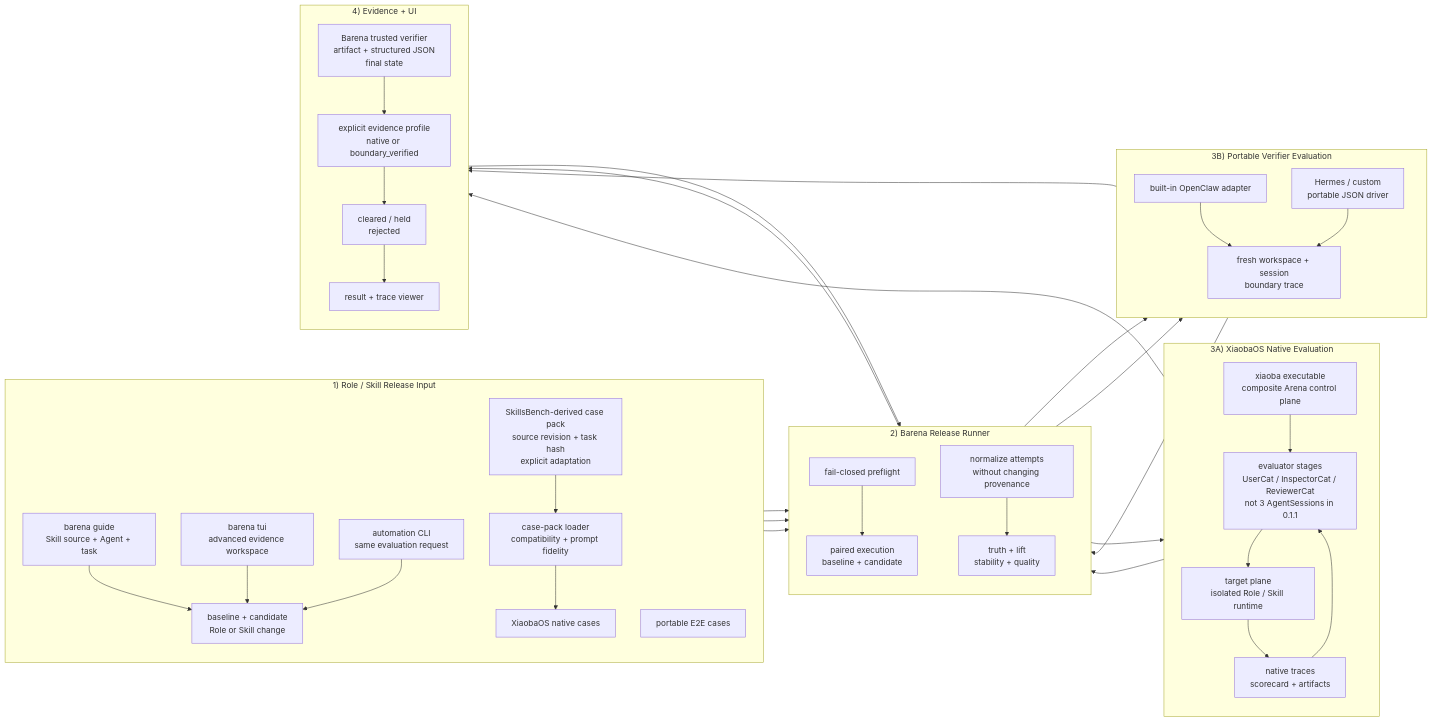
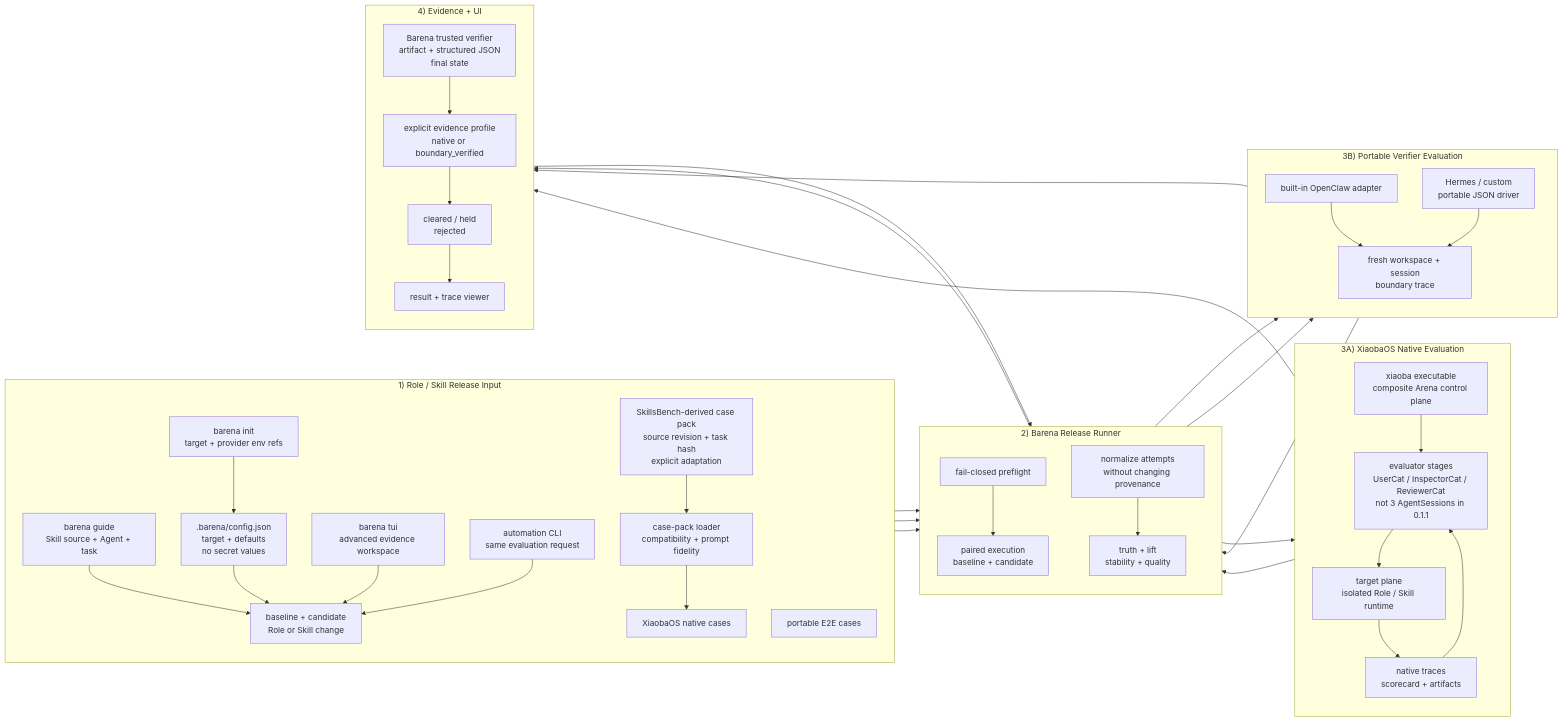
The third of 3 diagrams in docs/SPEC.md (fightheyyy/barena), drawn with Mermaid before and after one commit. The commit also changed other lines of this file and 11 other files, not shown here.

````diff
--- a/docs/SPEC.md
+++ b/docs/SPEC.md
@@ -183,72 +185,75 @@
 ```mermaid
 flowchart LR
     subgraph Input["1) Role / Skill Release Input"]
         direction TB
         Guide["barena guide<br/>Skill source + Agent + task"]
+        Init["barena init<br/>target + provider env refs"]
         TUI["barena tui<br/>advanced evidence workspace"]
         CLI["automation CLI<br/>same evaluation request"]
         Change["baseline + candidate<br/>Role or Skill change"]
         NativeCases["XiaobaOS native cases"]
         PortableCases["portable E2E cases"]
         Derived["SkillsBench-derived case pack<br/>source revision + task hash<br/>explicit adaptation"]
+        ProjectConfig[".barena/config.json<br/>target + defaults<br/>no secret values"]
         NormalizeCase["case-pack loader<br/>compatibility + prompt fidelity"]
         Guide --> Change
+        Init --> ProjectConfig --> Change
         TUI --> Change
         CLI --> Change
         Derived --> NormalizeCase --> NativeCases
     end
 
     subgraph Runner["2) Barena Release Runner"]
         direction TB
         Preflight["fail-closed preflight"]
         Pair["paired execution<br/>baseline + candidate"]
         Normalize["normalize attempts<br/>without changing provenance"]
         Aggregate["truth + lift<br/>stability + quality"]
         Preflight --> Pair
         Normalize --> Aggregate
     end
 
     subgraph Native["3A) XiaobaOS Native Evaluation"]
         direction TB
         Arena["xiaoba executable<br/>composite Arena control plane"]
         Evaluators["evaluator stages<br/>UserCat / InspectorCat / ReviewerCat<br/>not 3 AgentSessions in 0.1.1"]
         NativeTarget["target plane<br/>isolated Role / Skill runtime"]
         NativeEvidence["native traces<br/>scorecard + artifacts"]
         Arena --> Evaluators
         Evaluators --> NativeTarget
         NativeTarget --> NativeEvidence
         NativeEvidence --> Evaluators
     end
 
     subgraph External["3B) Portable Verifier Evaluation"]
         direction TB
         Adapter["built-in OpenClaw adapter"]
         Driver["Hermes / custom<br/>portable JSON driver"]
         Boundary["fresh workspace + session<br/>boundary trace"]
         Adapter --> Boundary
         Driver --> Boundary
     end
 
     subgraph Evidence["4) Evidence + UI"]
         direction TB
         Verify["Barena trusted verifier<br/>artifact + structured JSON<br/>final state"]
         Profile["explicit evidence profile<br/>native or boundary_verified"]
         Score["cleared / held<br/>rejected"]
         Viewer["result + trace viewer"]
         Verify --> Profile --> Score
         Score --> Viewer
     end
 
     Change --> Preflight
     NativeCases --> Preflight
     PortableCases --> Preflight
     Pair --> Arena
     Pair --> Adapter
     Pair --> Driver
     NativeEvidence --> Verify
     NativeEvidence --> Normalize
     Boundary --> Verify
     Boundary --> Normalize
     Verify --> Normalize
     Aggregate --> Score
 ```
````
